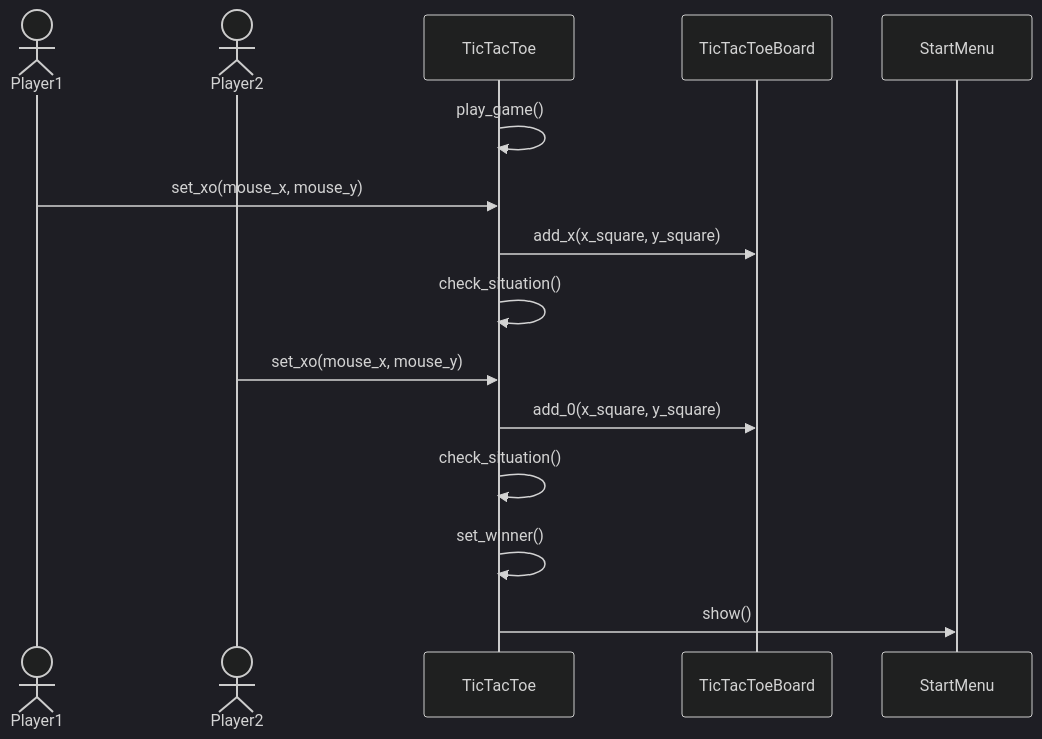
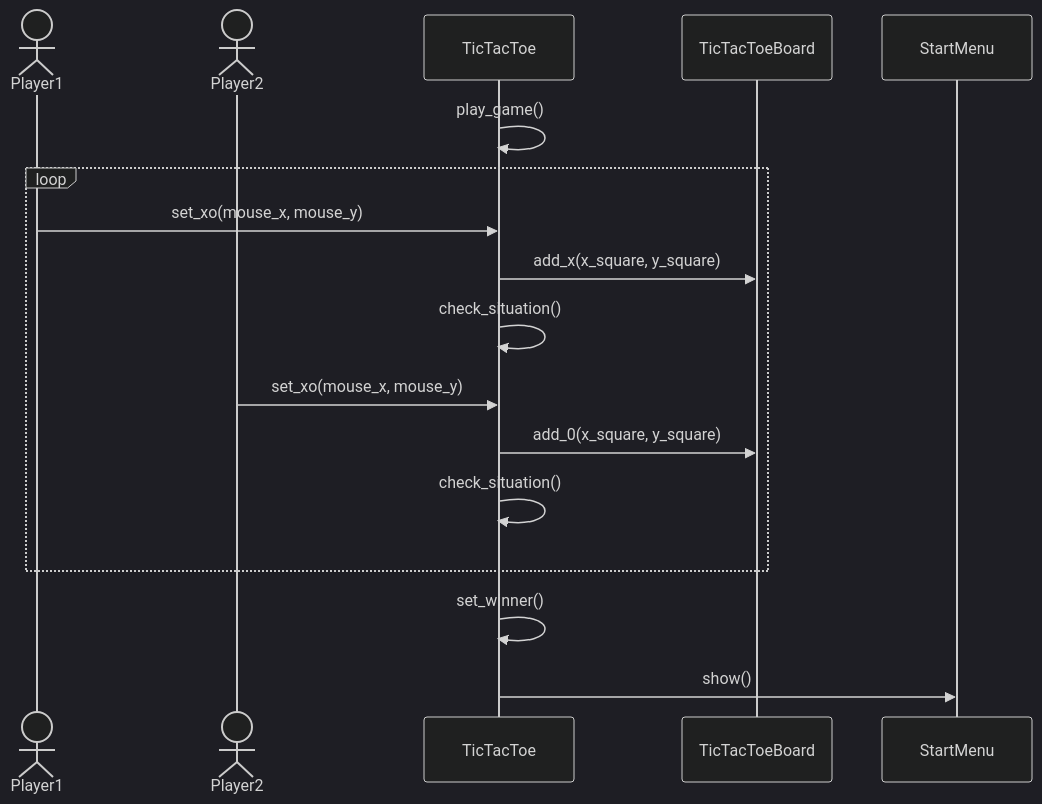
The third of 3 diagrams in maarittelydokumentti/arkkitehtuuri.md (TatuSorjonen/ot-harjoitustyo), drawn with Mermaid (dark theme) before and after one commit. The commit also changed other lines of this file, not shown here.

````diff
--- a/maarittelydokumentti/arkkitehtuuri.md
+++ b/maarittelydokumentti/arkkitehtuuri.md
@@ -112,17 +114,19 @@
 ```mermaid
 sequenceDiagram
   actor Player1
   actor Player2
   participant TicTacToe
   participant TicTacToeBoard
   participant StartMenu
   TicTacToe->> TicTacToe: play_game()
+  loop
   Player1->> TicTacToe: set_xo(mouse_x, mouse_y)
   TicTacToe->> TicTacToeBoard: add_x(x_square, y_square)
   TicTacToe->> TicTacToe: check_situation()
   Player2->> TicTacToe: set_xo(mouse_x, mouse_y)
   TicTacToe->> TicTacToeBoard: add_0(x_square, y_square)
   TicTacToe->> TicTacToe: check_situation()
+  end
   TicTacToe->> TicTacToe: set_winner()
   TicTacToe->> StartMenu: show()
 ```
````
